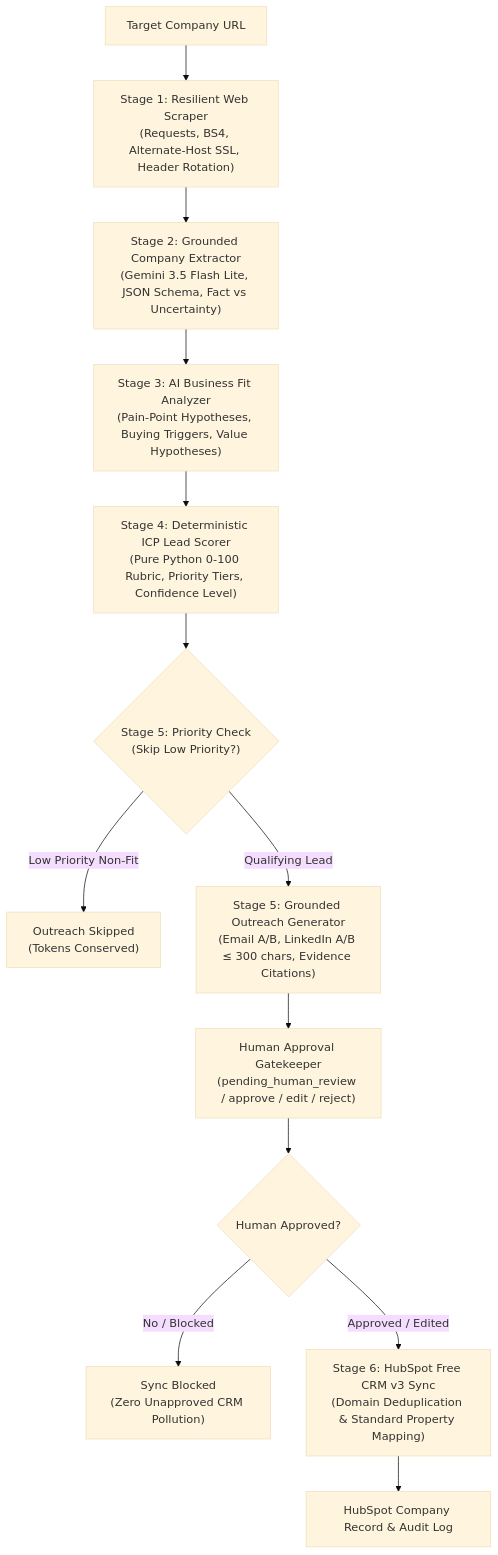
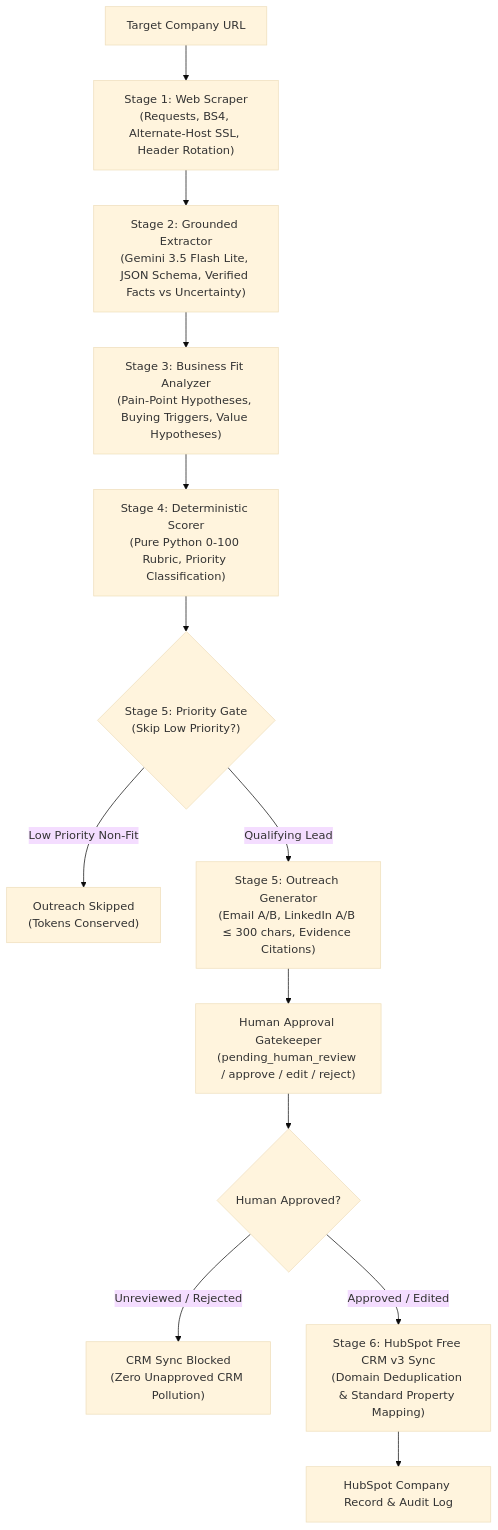
Before and after one commit to Sooraj055/ai-lead-research-copilot: the diagram in README.md, drawn with Mermaid (base theme). The commit also changed other lines of this file and 15 other files, not shown here.

````diff
--- a/README.md
+++ b/README.md
@@ -27,15 +27,15 @@
 ```mermaid
 flowchart TD
-    A["Target Company URL"] --> B["Stage 1: Resilient Web Scraper<br/>(Requests, BS4, Alternate-Host SSL, Header Rotation)"]
-    B --> C["Stage 2: Grounded Company Extractor<br/>(Gemini 3.5 Flash Lite, JSON Schema, Fact vs Uncertainty)"]
-    C --> D["Stage 3: AI Business Fit Analyzer<br/>(Pain-Point Hypotheses, Buying Triggers, Value Hypotheses)"]
-    D --> E["Stage 4: Deterministic ICP Lead Scorer<br/>(Pure Python 0-100 Rubric, Priority Tiers, Confidence Level)"]
-    E --> F{"Stage 5: Priority Check<br/>(Skip Low Priority?)"}
+    A["Target Company URL"] --> B["Stage 1: Web Scraper<br/>(Requests, BS4, Alternate-Host SSL, Header Rotation)"]
+    B --> C["Stage 2: Grounded Extractor<br/>(Gemini 3.5 Flash Lite, JSON Schema, Verified Facts vs Uncertainty)"]
+    C --> D["Stage 3: Business Fit Analyzer<br/>(Pain-Point Hypotheses, Buying Triggers, Value Hypotheses)"]
+    D --> E["Stage 4: Deterministic Scorer<br/>(Pure Python 0-100 Rubric, Priority Classification)"]
+    E --> F{"Stage 5: Priority Gate<br/>(Skip Low Priority?)"}
     F -- "Low Priority Non-Fit" --> G["Outreach Skipped<br/>(Tokens Conserved)"]
-    F -- "Qualifying Lead" --> H["Stage 5: Grounded Outreach Generator<br/>(Email A/B, LinkedIn A/B &le; 300 chars, Evidence Citations)"]
+    F -- "Qualifying Lead" --> H["Stage 5: Outreach Generator<br/>(Email A/B, LinkedIn A/B &le; 300 chars, Evidence Citations)"]
     H --> I["Human Approval Gatekeeper<br/>(pending_human_review / approve / edit / reject)"]
     I --> J{"Human Approved?"}
-    J -- "No / Blocked" --> K["Sync Blocked<br/>(Zero Unapproved CRM Pollution)"]
+    J -- "Unreviewed / Rejected" --> K["CRM Sync Blocked<br/>(Zero Unapproved CRM Pollution)"]
     J -- "Approved / Edited" --> L["Stage 6: HubSpot Free CRM v3 Sync<br/>(Domain Deduplication & Standard Property Mapping)"]
     L --> M["HubSpot Company Record & Audit Log"]
 ```
````
